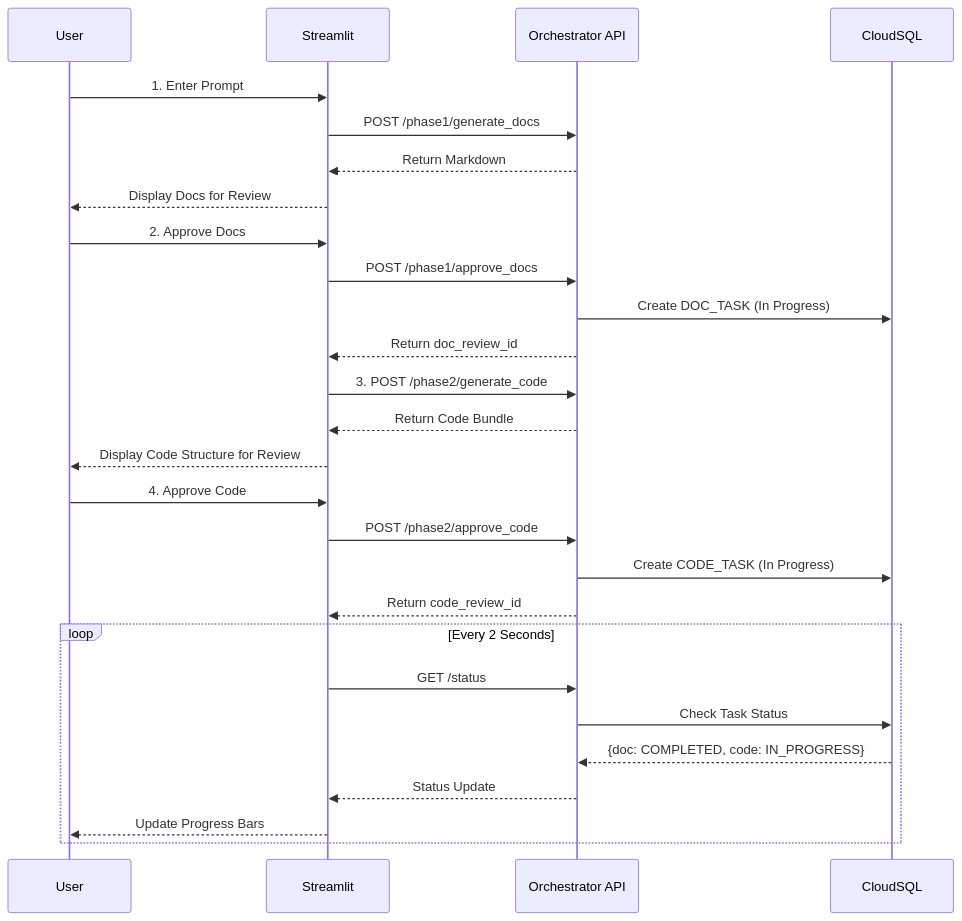
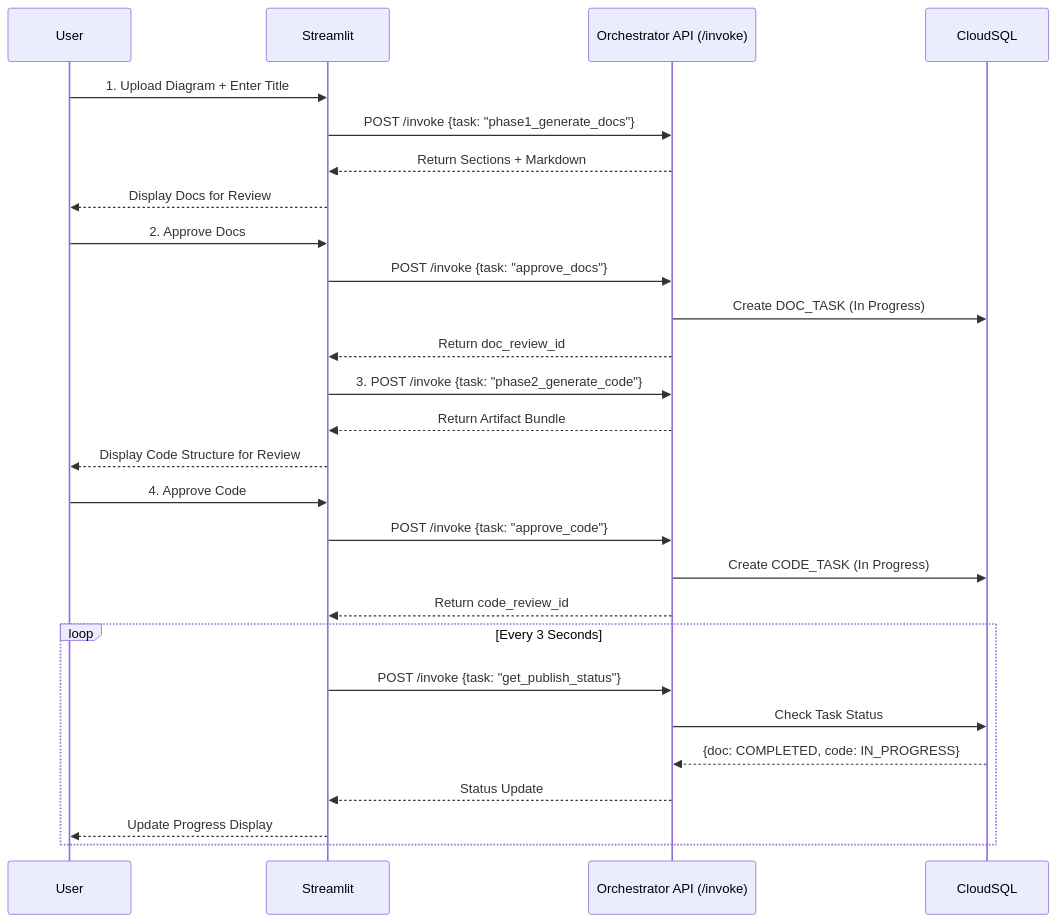
One commit to rnerurkar/engen changed the seventh of 7 diagrams in DESIGN_DOCUMENT.md. Above: the diagram before and after it, drawn with Mermaid. The commit also changed other lines of this file, not shown here.

First line of the commit message:
Update DESIGN_DOCUMENT.md v2.0: Reflect real-time component resolution architecture

````diff
--- a/DESIGN_DOCUMENT.md
+++ b/DESIGN_DOCUMENT.md
@@ -634,34 +756,34 @@
 ```mermaid
 sequenceDiagram
     participant User
     participant Streamlit
-    participant Orch as Orchestrator API
+    participant Orch as Orchestrator API (/invoke)
     participant DB as CloudSQL
 
-    User->>Streamlit: 1. Enter Prompt
-    Streamlit->>Orch: POST /phase1/generate_docs
-    Orch-->>Streamlit: Return Markdown
+    User->>Streamlit: 1. Upload Diagram + Enter Title
+    Streamlit->>Orch: POST /invoke {task: "phase1_generate_docs"}
+    Orch-->>Streamlit: Return Sections + Markdown
     Streamlit-->>User: Display Docs for Review
 
     User->>Streamlit: 2. Approve Docs
-    Streamlit->>Orch: POST /phase1/approve_docs
+    Streamlit->>Orch: POST /invoke {task: "approve_docs"}
     Orch->>DB: Create DOC_TASK (In Progress)
     Orch-->>Streamlit: Return doc_review_id
     
-    Streamlit->>Orch: 3. POST /phase2/generate_code
-    Orch-->>Streamlit: Return Code Bundle
+    Streamlit->>Orch: 3. POST /invoke {task: "phase2_generate_code"}
+    Orch-->>Streamlit: Return Artifact Bundle
     Streamlit-->>User: Display Code Structure for Review
 
     User->>Streamlit: 4. Approve Code
-    Streamlit->>Orch: POST /phase2/approve_code
+    Streamlit->>Orch: POST /invoke {task: "approve_code"}
     Orch->>DB: Create CODE_TASK (In Progress)
     Orch-->>Streamlit: Return code_review_id
 
-    loop Every 2 Seconds
-        Streamlit->>Orch: GET /status
+    loop Every 3 Seconds
+        Streamlit->>Orch: POST /invoke {task: "get_publish_status"}
         Orch->>DB: Check Task Status
         DB-->>Orch: {doc: COMPLETED, code: IN_PROGRESS}
         Orch-->>Streamlit: Status Update
-        Streamlit-->>User: Update Progress Bars
+        Streamlit-->>User: Update Progress Display
     end
 ```
````
